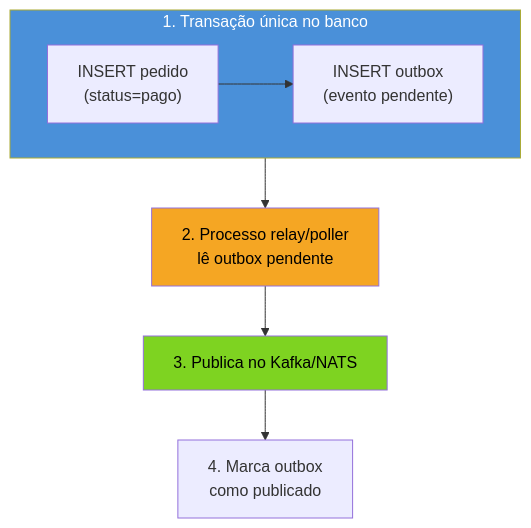
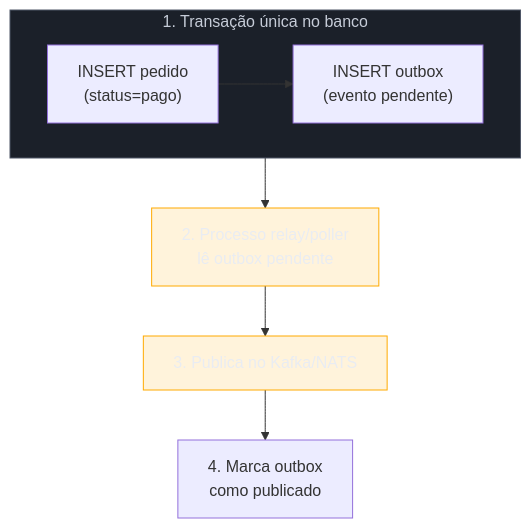
Before and after one commit to josenaldo/codex-technomanticus: the third of 3 diagrams in 03-Dominios/Tecnologia/Go/13 - Mensageria/05 - Entrega e idempotência.md, drawn with Mermaid. The commit also changed other lines of this file and 1181 other files, not shown here.

First line of the commit message:
fix(diagramas): paleta do sistema no lugar de cor cravada no markdown

````diff
--- a/03-Dominios/Tecnologia/Go/13 - Mensageria/05 - Entrega e idempotência.md
+++ b/03-Dominios/Tecnologia/Go/13 - Mensageria/05 - Entrega e idempotência.md
@@ -146,14 +149,16 @@
 ```mermaid
 flowchart TB
+    classDef neutro fill:#1B2029,stroke:#4E5666,color:#C6CCD8
+    classDef destaque fill:#FFAA0024,stroke:#FFAA00,color:#E9ECF2
     subgraph Tx["1. Transação única no banco"]
         direction LR
         T1["INSERT pedido\n(status=pago)"] --> T2["INSERT outbox\n(evento pendente)"]
     end
     Tx --> Poller["2. Processo relay/poller\nlê outbox pendente"]
     Poller --> Broker["3. Publica no Kafka/NATS"]
     Broker --> Mark["4. Marca outbox\ncomo publicado"]
 
-    style Tx fill:#4A90D9,color:#fff
-    style Poller fill:#F5A623,color:#000
-    style Broker fill:#7ED321,color:#000
+    class Tx neutro
+    class Poller destaque
+    class Broker destaque
 ```
````
